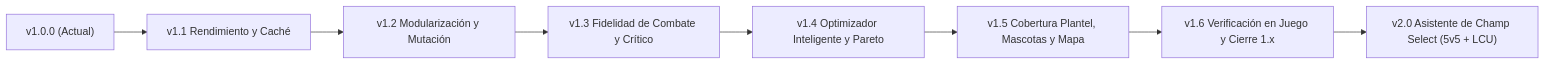
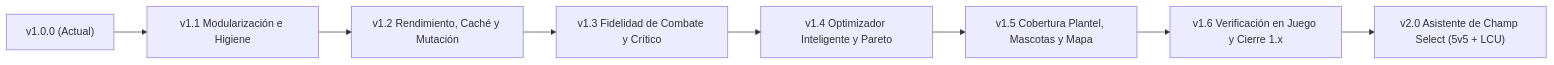
One commit to El-Jesule/lol-knowledge changed the diagram in odd/roadmap-v2.md. Above: the diagram before and after it, drawn with Mermaid. The commit also changed other lines of this file and 4 other files, not shown here.

Commit message:
docs(roadmap): swap v1.1 modularization before v1.2 performance

````diff
--- a/odd/roadmap-v2.md
+++ b/odd/roadmap-v2.md
@@ -20,10 +20,10 @@
 ```mermaid
 flowchart LR
-    V10["v1.0.0 (Actual)"] --> V11["v1.1 Rendimiento y Caché"]
-    V11 --> V12["v1.2 Modularización y Mutación"]
+    V10["v1.0.0 (Actual)"] --> V11["v1.1 Modularización e Higiene"]
+    V11 --> V12["v1.2 Rendimiento, Caché y Mutación"]
     V12 --> V13["v1.3 Fidelidad de Combate y Crítico"]
     V13 --> V14["v1.4 Optimizador Inteligente y Pareto"]
     V14 --> V15["v1.5 Cobertura Plantel, Mascotas y Mapa"]
     V15 --> V16["v1.6 Verificación en Juego y Cierre 1.x"]
     V16 --> V20["v2.0 Asistente de Champ Select (5v5 + LCU)"]
 ```
````
